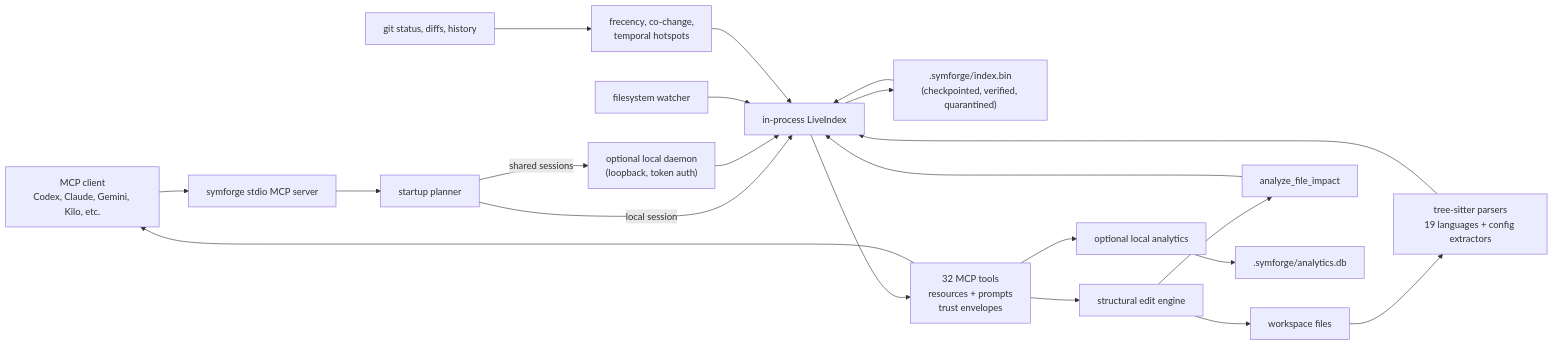
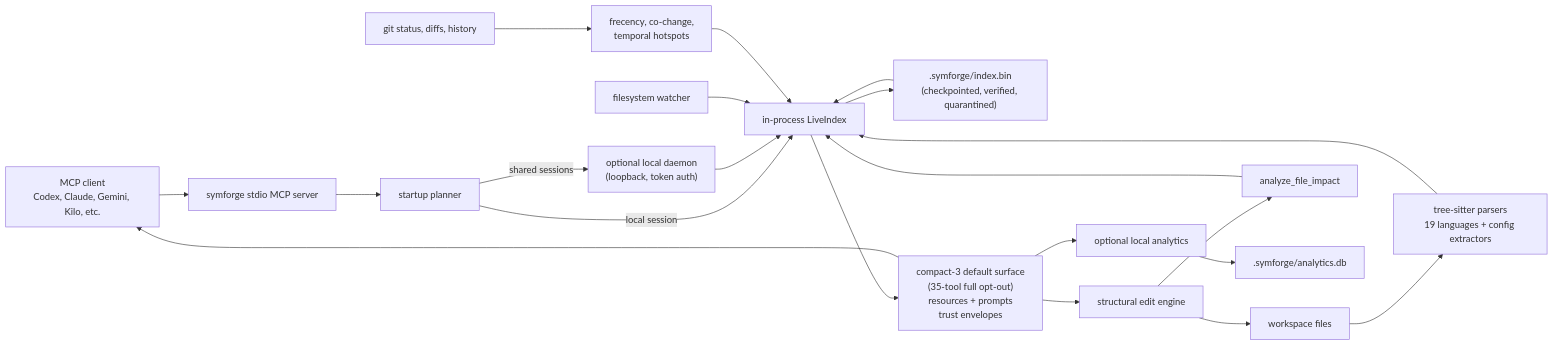
The first of 2 diagrams in README.md (special-place-ai-heaven/symforge), drawn with Mermaid before and after one commit. The commit also changed other lines of this file and 6 other files, not shown here.

````diff
--- a/README.md
+++ b/README.md
@@ -126,29 +126,29 @@
 ```mermaid
 flowchart LR
     Client["MCP client<br/>Codex, Claude, Gemini, Kilo, etc."] --> Server["symforge stdio MCP server"]
 
     Server --> Startup["startup planner"]
     Startup -->|local session| Local["in-process LiveIndex"]
     Startup -->|shared sessions| Daemon["optional local daemon<br/>(loopback, token auth)"]
     Daemon --> Local
 
     Workspace["workspace files"] --> Parser["tree-sitter parsers<br/>19 languages + config extractors"]
     Parser --> Local
     Watcher["filesystem watcher"] --> Local
     Git["git status, diffs, history"] --> Signals["frecency, co-change,<br/>temporal hotspots"]
     Signals --> Local
 
     Local --> Snapshot[".symforge/index.bin<br/>(checkpointed, verified, quarantined)"]
     Snapshot --> Local
 
-    Local --> Tools["32 MCP tools<br/>resources + prompts<br/>trust envelopes"]
+    Local --> Tools["compact-3 default surface<br/>(35-tool full opt-out)<br/>resources + prompts<br/>trust envelopes"]
     Tools --> Client
 
     Tools --> Edits["structural edit engine"]
     Edits --> Workspace
     Edits --> Impact["analyze_file_impact"]
     Impact --> Local
 
     Tools --> Analytics["optional local analytics"]
     Analytics --> AnalyticsDb[".symforge/analytics.db"]
 ```
````
